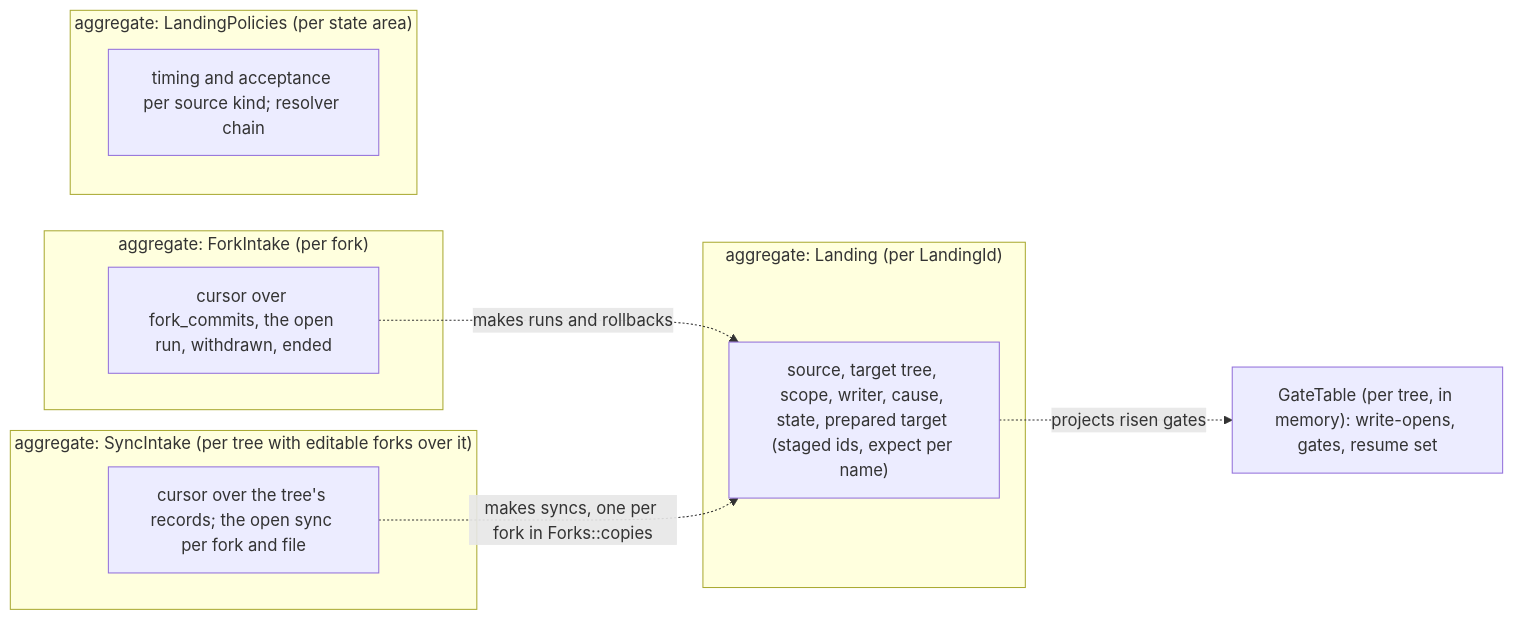
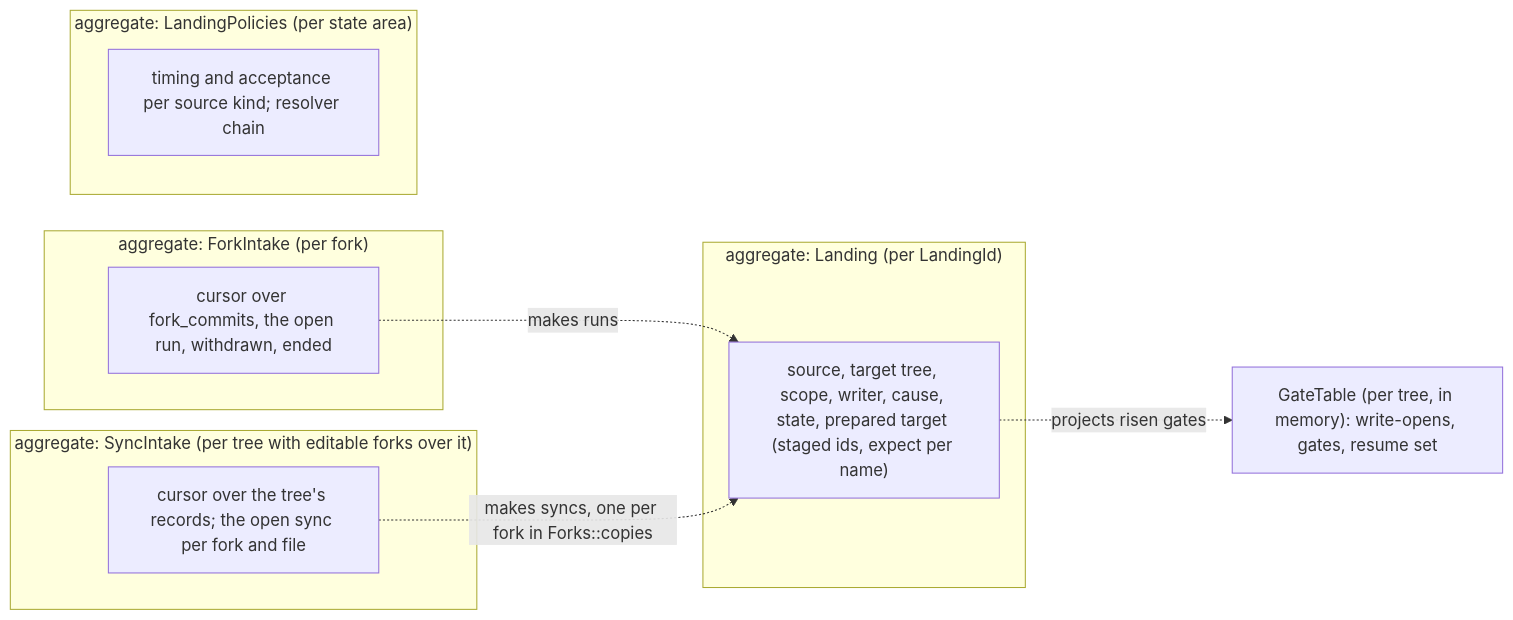
The first of 3 diagrams in docs/target-architecture/domains/landing.md (mcurcio/agentfs), drawn with Mermaid before and after one commit. The commit also changed other lines of this file and 12 other files, not shown here.

````diff
--- a/docs/target-architecture/domains/landing.md
+++ b/docs/target-architecture/domains/landing.md
@@ -47,19 +47,19 @@
 ```mermaid
 flowchart LR
   subgraph A1["aggregate: Landing (per LandingId)"]
     L["source, target tree, scope, writer, cause, state, prepared target (staged ids, expect per name)"]
   end
   subgraph A2["aggregate: ForkIntake (per fork)"]
     I["cursor over fork_commits, the open run, withdrawn, ended"]
   end
   subgraph A3["aggregate: SyncIntake (per tree with editable forks over it)"]
     S["cursor over the tree's records; the open sync per fork and file"]
   end
   subgraph A4["aggregate: LandingPolicies (per state area)"]
     PO["timing and acceptance per source kind; resolver chain"]
   end
   GT["GateTable (per tree, in memory): write-opens, gates, resume set"]
-  I -. "makes runs and rollbacks" .-> L
+  I -. "makes runs" .-> L
   S -. "makes syncs, one per fork in Forks::copies" .-> L
   L -. "projects risen gates" .-> GT
 ```
````
